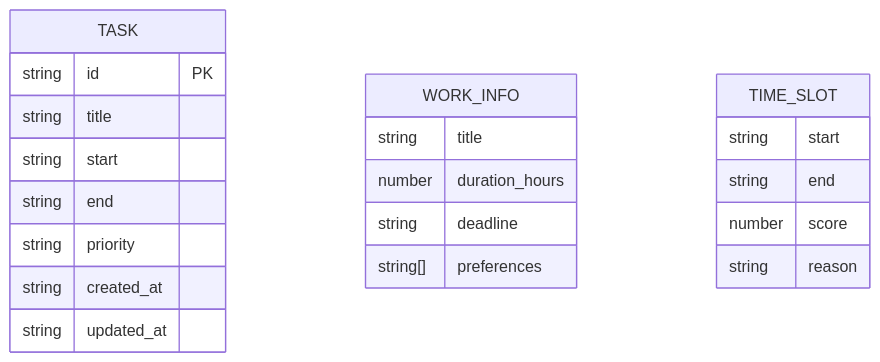
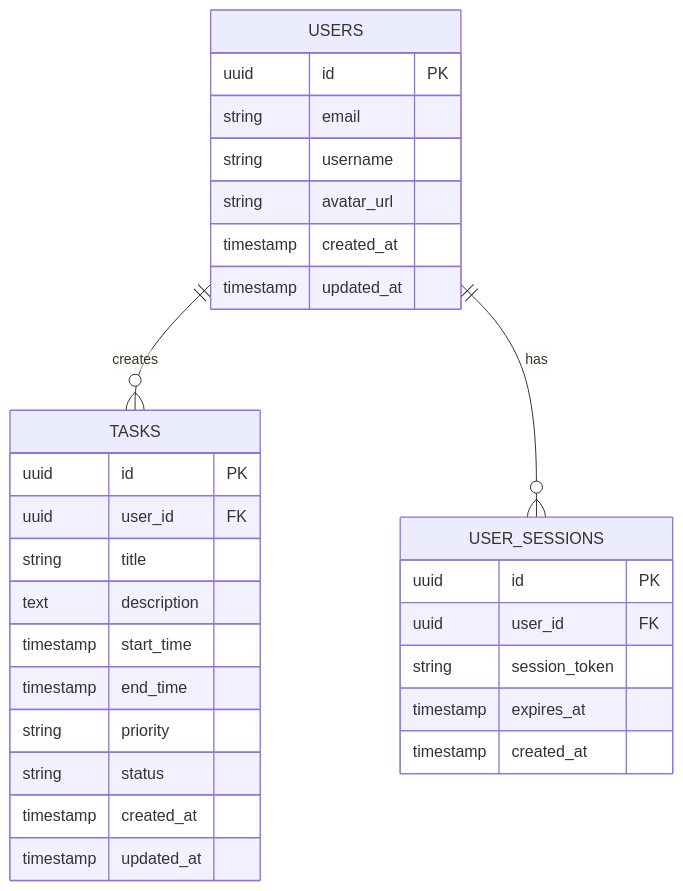
Before and after one commit to wjjpku/SmartTime: the second of 2 diagrams in .trae/documents/智能任务管理系统技术架构文档.md, drawn with Mermaid. The commit also changed other lines of this file and 16 other files, not shown here.

````diff
--- a/.trae/documents/智能任务管理系统技术架构文档.md
+++ b/.trae/documents/智能任务管理系统技术架构文档.md
@@ -239,26 +131,35 @@
 ```mermaid
 erDiagram
-  TASK {
-    string id PK
-    string title
-    string start
-    string end
-    string priority
-    string created_at
-    string updated_at
+  USERS ||--o{ TASKS : creates
+  USERS ||--o{ USER_SESSIONS : has
+  
+  USERS {
+    uuid id PK
+    string email
+    string username
+    string avatar_url
+    timestamp created_at
+    timestamp updated_at
   }
   
-  WORK_INFO {
+  TASKS {
+    uuid id PK
+    uuid user_id FK
     string title
-    number duration_hours
-    string deadline
-    string[] preferences
+    text description
+    timestamp start_time
+    timestamp end_time
+    string priority
+    string status
+    timestamp created_at
+    timestamp updated_at
   }
   
-  TIME_SLOT {
-    string start
-    string end
-    number score
-    string reason
+  USER_SESSIONS {
+    uuid id PK
+    uuid user_id FK
+    string session_token
+    timestamp expires_at
+    timestamp created_at
   }
 ```
````
